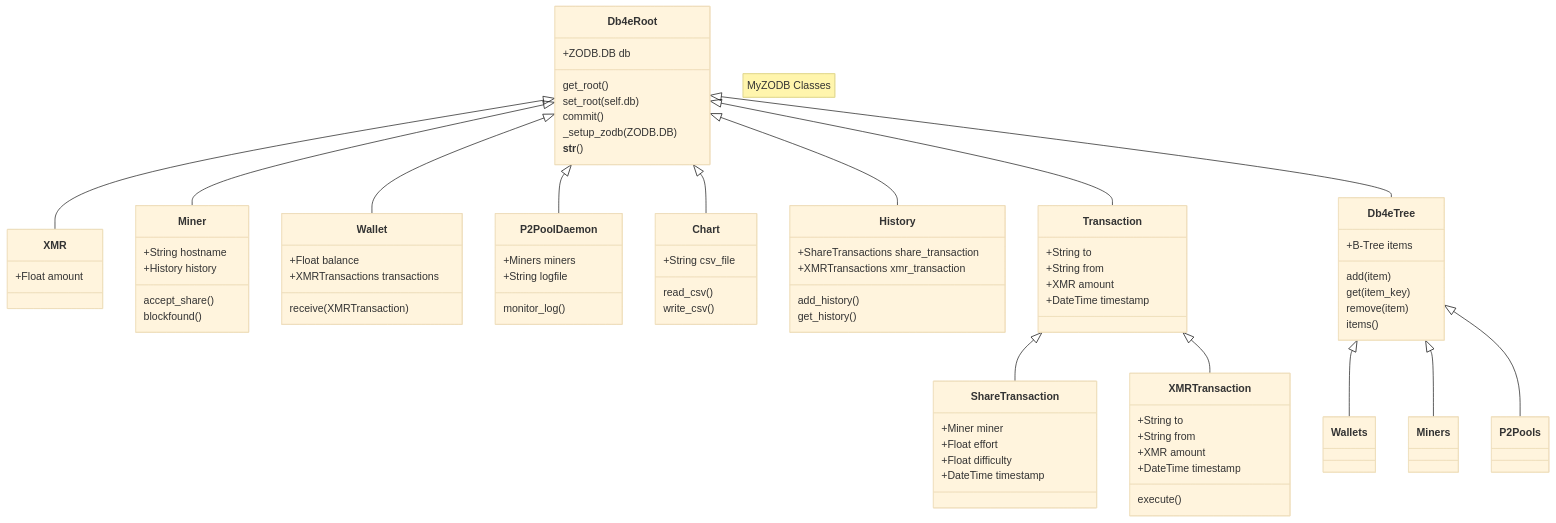
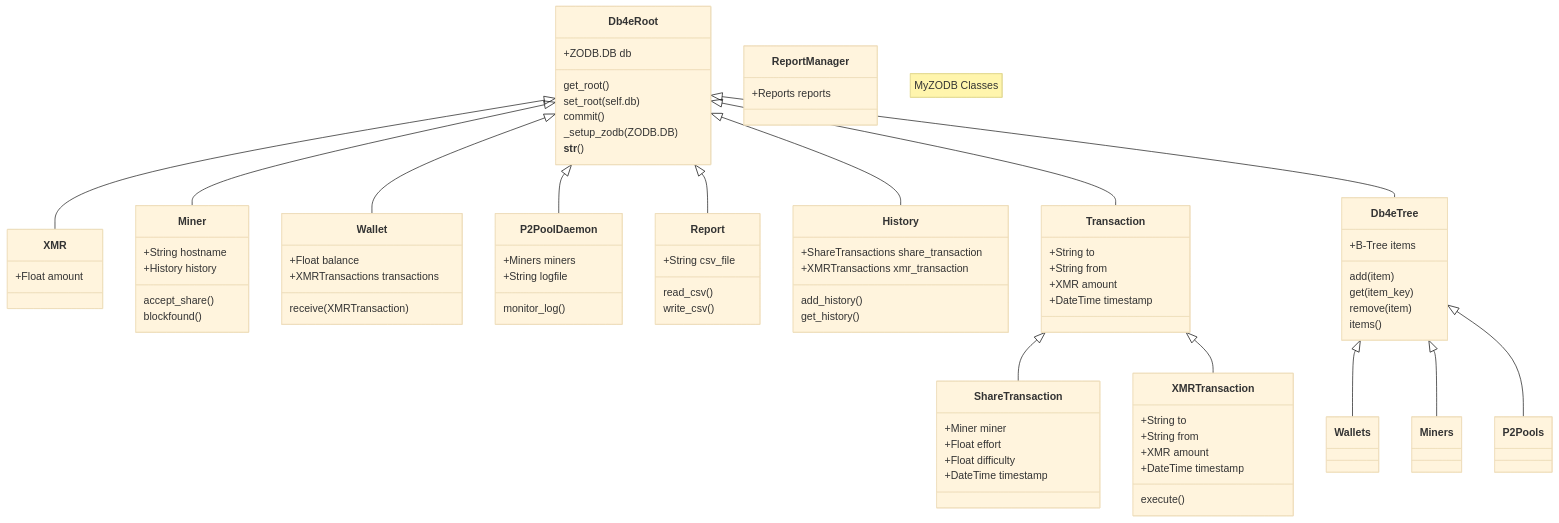
One commit to NadimGhaznavi/myzodb changed the diagram in _posts/2024-06-02-Class-Hierarchy.md. Above: the diagram before and after it, drawn with Mermaid (base theme).

```diff
--- a/_posts/2024-06-02-Class-Hierarchy.md
+++ b/_posts/2024-06-02-Class-Hierarchy.md
@@ -15,7 +15,7 @@
     Db4eRoot <|-- Miner
     Db4eRoot <|-- Wallet
     Db4eRoot <|-- P2PoolDaemon
-    Db4eRoot <|-- Chart
+    Db4eRoot <|-- Report
     Db4eRoot <|-- History
     
     Db4eRoot <|-- Transaction
@@ -27,7 +27,6 @@
     Db4eTree <|-- Miners
     Db4eTree <|-- P2Pools
     
-    
     class Db4eTree{
       +B-Tree items
       add(item)
@@ -36,23 +35,20 @@
       items()
     }
 
-    class Chart{
-      +String csv_file
-      read_csv()
-      write_csv()
-    }
     class History{
       +ShareTransactions share_transaction
       +XMRTransactions xmr_transaction
       add_history()
       get_history()
     }
+
     class Miner{
       +String hostname
       +History history
       accept_share()
       blockfound()
     }
+
     class Db4eRoot{
       +ZODB.DB db
       get_root()
@@ -61,31 +57,47 @@
       _setup_zodb(ZODB.DB)
       __str__()
     }
+
     class P2PoolDaemon{
       +Miners miners
       +String logfile
       monitor_log()
     }
+    
+    class Report{
+      +String csv_file
+      read_csv()
+      write_csv()
+    }
+
+    class ReportManager{
+      +Reports reports
+    }
+
     class ShareTransaction{
       +Miner miner
       +Float effort
       +Float difficulty
       +DateTime timestamp
     }
+    
     class Transaction{
       +String to
       +String from
       +XMR amount
       +DateTime timestamp
     }
+    
     class Wallet{
       +Float balance
       +XMRTransactions transactions
       receive(XMRTransaction)
     }
+    
     class XMR{
       +Float amount
     }
+    
     class XMRTransaction{
       +String to
       +String from
```
